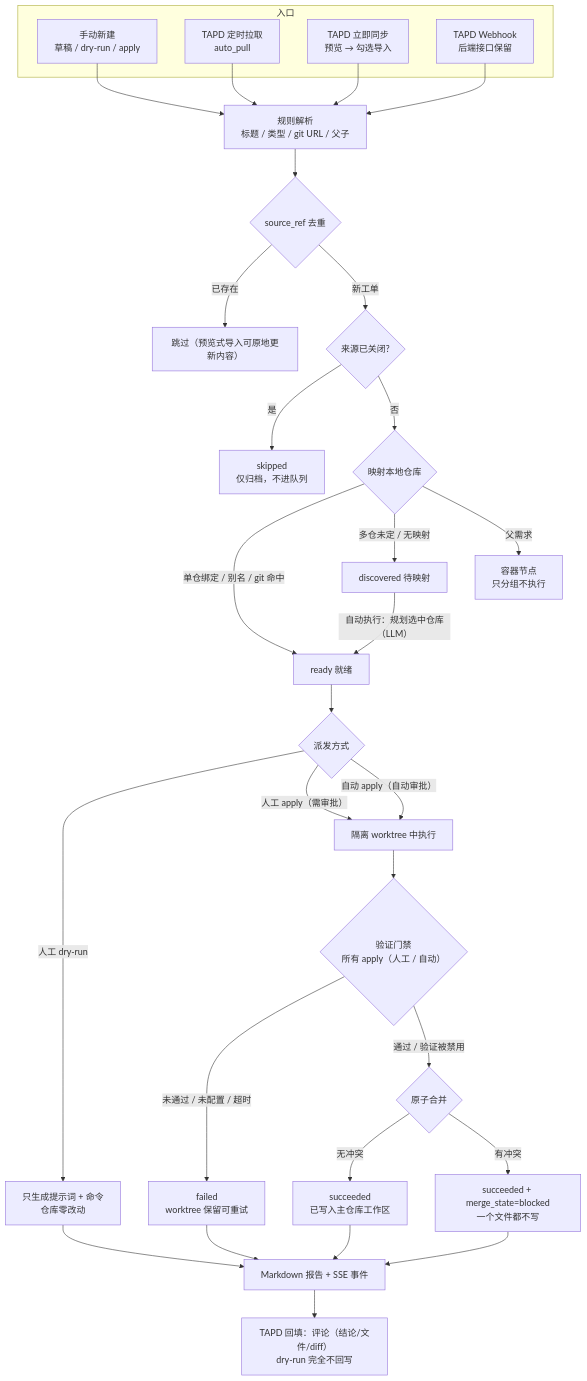
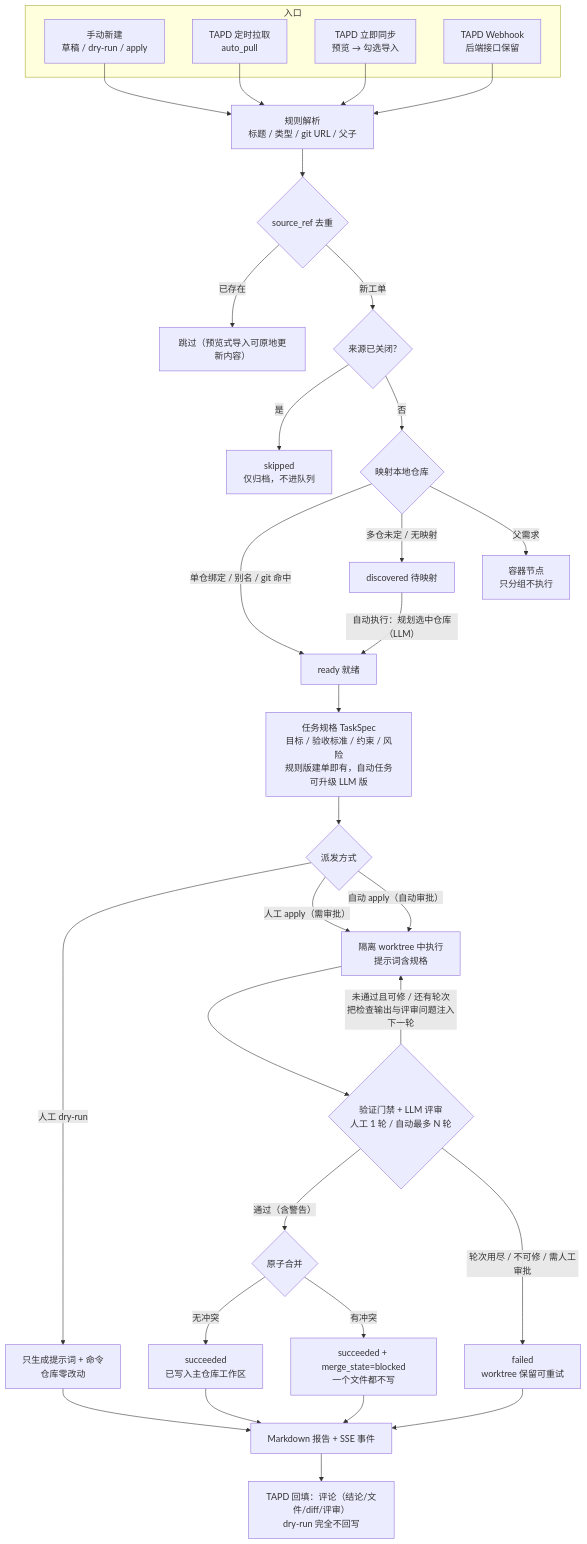
The first of 3 diagrams in docs/task-lifecycle.md (cheerly-plan/CheerlyTaskAgent), drawn with Mermaid before and after one commit. The commit also changed other lines of this file and 16 other files, not shown here.

````diff
--- a/docs/task-lifecycle.md
+++ b/docs/task-lifecycle.md
@@ -30,42 +31,44 @@
 ```mermaid
 flowchart TD
     subgraph entry["入口"]
       M["手动新建<br/>草稿 / dry-run / apply"]
       P["TAPD 定时拉取<br/>auto_pull"]
       S["TAPD 立即同步<br/>预览 → 勾选导入"]
       W["TAPD Webhook<br/>后端接口保留"]
     end
 
     M --> PR["规则解析<br/>标题 / 类型 / git URL / 父子"]
     P --> PR
     S --> PR
     W --> PR
 
     PR --> DD{"source_ref 去重"}
     DD -->|"已存在"| KEEP["跳过（预览式导入可原地更新内容）"]
     DD -->|"新工单"| ARCH{"来源已关闭?"}
     ARCH -->|"是"| SKIP["skipped<br/>仅归档，不进队列"]
     ARCH -->|"否"| MAP{"映射本地仓库"}
 
     MAP -->|"单仓绑定 / 别名 / git 命中"| READY["ready 就绪"]
     MAP -->|"多仓未定 / 无映射"| DISC["discovered 待映射"]
     MAP -->|"父需求"| CONT["容器节点<br/>只分组不执行"]
 
-    READY --> TRIG{"派发方式"}
     DISC -->|"自动执行：规划选中仓库（LLM）"| READY
+    READY --> SPEC["任务规格 TaskSpec<br/>目标 / 验收标准 / 约束 / 风险<br/>规则版建单即有，自动任务可升级 LLM 版"]
+    SPEC --> TRIG{"派发方式"}
     TRIG -->|"人工 dry-run"| DRY["只生成提示词 + 命令<br/>仓库零改动"]
-    TRIG -->|"人工 apply（需审批）"| WT["隔离 worktree 中执行"]
+    TRIG -->|"人工 apply（需审批）"| WT["隔离 worktree 中执行<br/>提示词含规格"]
     TRIG -->|"自动 apply（自动审批）"| WT
 
-    WT --> GATE{"验证门禁<br/>所有 apply（人工 / 自动）"}
-    GATE -->|"未通过 / 未配置 / 超时"| FAIL["failed<br/>worktree 保留可重试"]
-    GATE -->|"通过 / 验证被禁用"| MERGE{"原子合并"}
+    WT --> GATE{"验证门禁 + LLM 评审<br/>人工 1 轮 / 自动最多 N 轮"}
+    GATE -->|"通过（含警告）"| MERGE{"原子合并"}
+    GATE -->|"未通过且可修 / 还有轮次<br/>把检查输出与评审问题注入下一轮"| WT
+    GATE -->|"轮次用尽 / 不可修 / 需人工审批"| FAIL["failed<br/>worktree 保留可重试"]
     MERGE -->|"无冲突"| DONE["succeeded<br/>已写入主仓库工作区"]
     MERGE -->|"有冲突"| BLOCK["succeeded + merge_state=blocked<br/>一个文件都不写"]
-    
+
     DRY --> RPT["Markdown 报告 + SSE 事件"]
     DONE --> RPT
     FAIL --> RPT
     BLOCK --> RPT
-    RPT --> BF["TAPD 回填：评论（结论/文件/diff）<br/>dry-run 完全不回写"]
+    RPT --> BF["TAPD 回填：评论（结论/文件/diff/评审）<br/>dry-run 完全不回写"]
 ```
````
